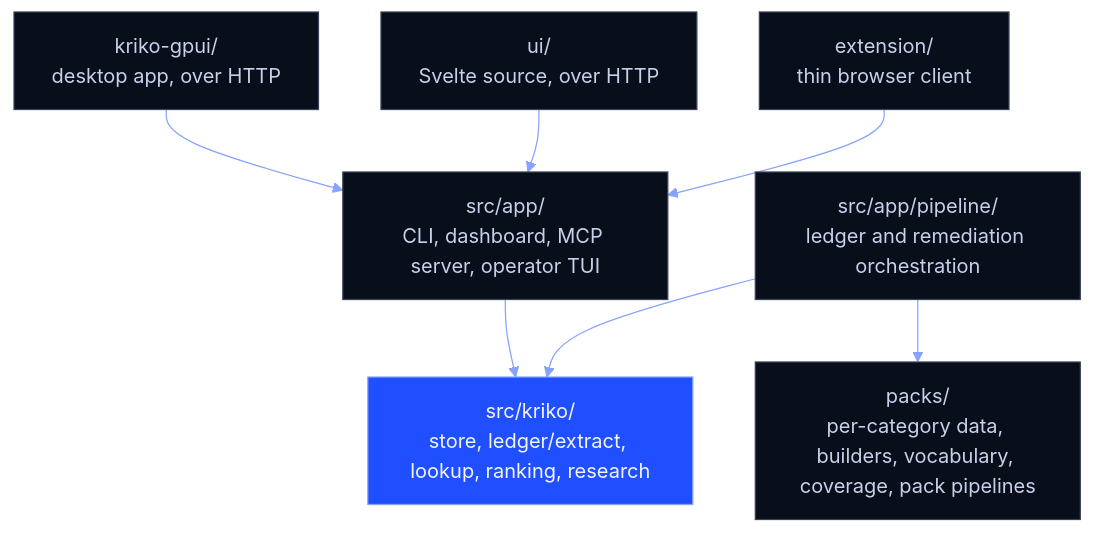
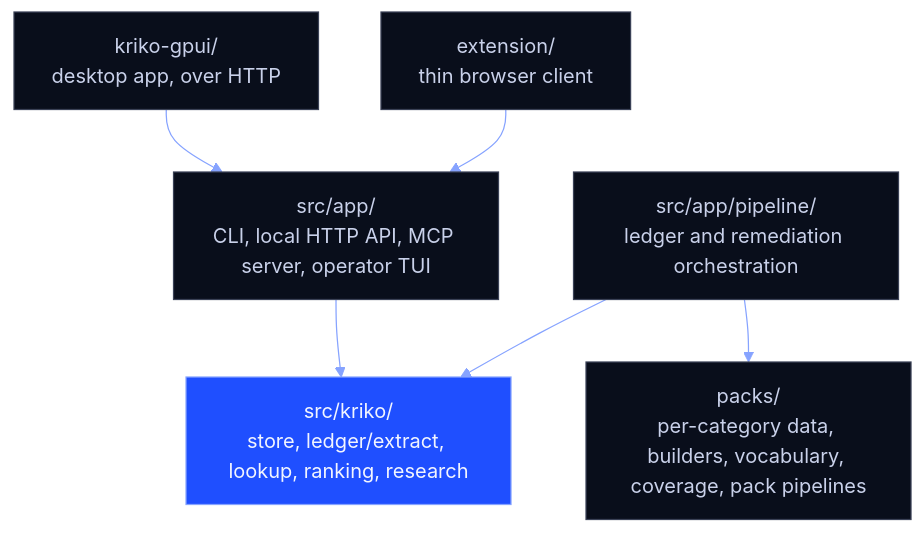
The second of 2 diagrams in docs/DOCTRINE.md (Berbadov/kriko), drawn with Mermaid before and after one commit. The commit also changed other lines of this file and 359 other files, not shown here.

First line of the commit message:
feat(local): ship grounded GPUI research pipeline and retire Svelte

````diff
--- a/docs/DOCTRINE.md
+++ b/docs/DOCTRINE.md
@@ -236,15 +216,14 @@
 ```mermaid
 %%{init: {"theme":"base","themeVariables":{"fontFamily":"ui-monospace, SFMono-Regular, Consolas, monospace","primaryColor":"#090E1B","primaryTextColor":"#F2F5FF","primaryBorderColor":"#1F4FFF","lineColor":"#86A3FF","secondaryColor":"#1739C2","tertiaryColor":"#080B16","noteBkgColor":"#BFE4FF","noteTextColor":"#05070F","actorBkg":"#090E1B","actorTextColor":"#F2F5FF","actorBorder":"#1F4FFF","signalColor":"#86A3FF","signalTextColor":"#86A3FF"}}}%%
 flowchart TD
     gpui["kriko-gpui/<br/>desktop app, over HTTP"]:::plain --> app
-    ui["ui/<br/>Svelte source, over HTTP"]:::plain --> app
     ext["extension/<br/>thin browser client"]:::plain --> app
-    app["src/app/<br/>CLI, dashboard, MCP server, operator TUI"]:::plain --> eng
+    app["src/app/<br/>CLI, local HTTP API, MCP server, operator TUI"]:::plain --> eng
     pipe["src/app/pipeline/<br/>ledger and remediation orchestration"]:::plain --> eng
     pipe --> packs
     eng["src/kriko/<br/>store, ledger/extract, lookup, ranking, research"]:::brand
     packs["packs/<br/>per-category data, builders, vocabulary, coverage, pack pipelines"]:::plain
 
     classDef brand  fill:#1F4FFF,stroke:#86A3FF,color:#F2F5FF
     classDef plain  fill:#090E1B,stroke:#3A4156,color:#C9D1EA
 ```
````
